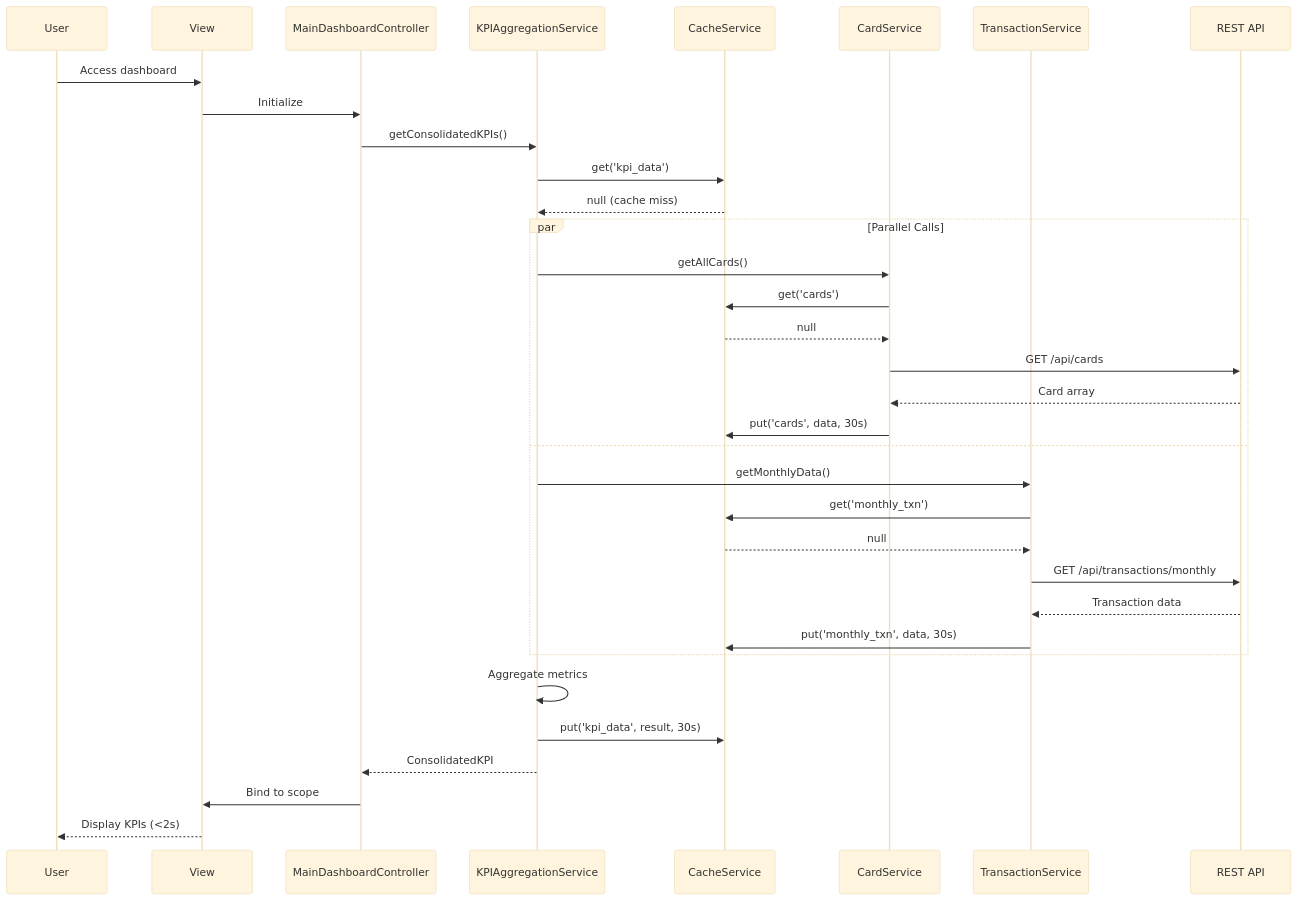
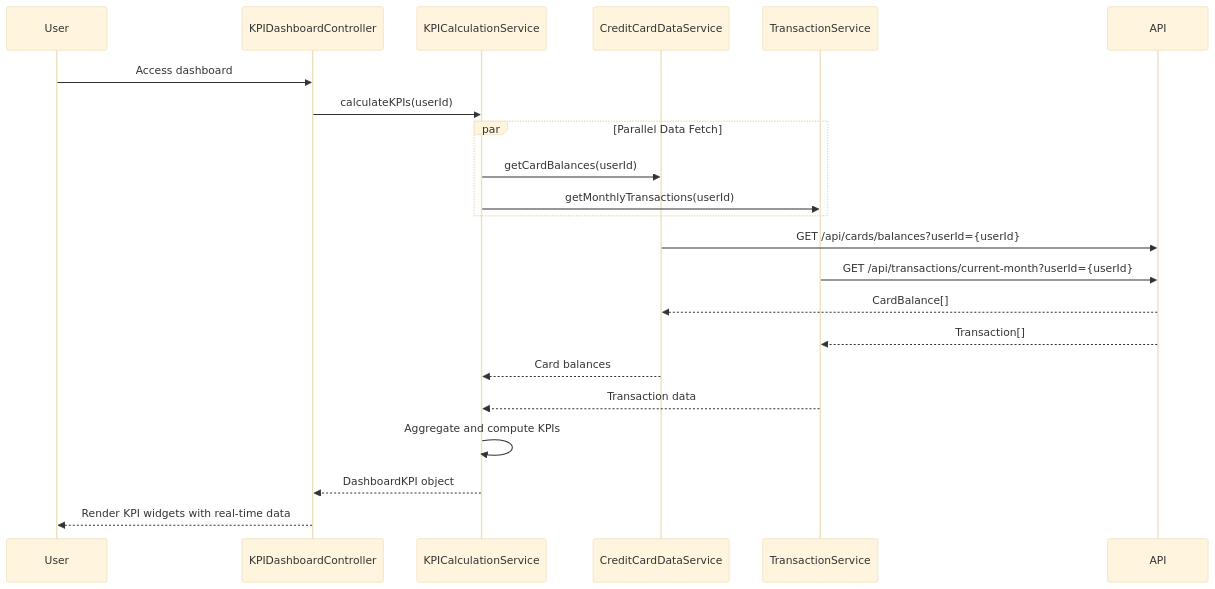
One commit to AAVA-Demo/APB_Demo changed the diagram in LLD/QE-7684_LLD.md. Above: the diagram before and after it, drawn with Mermaid (base theme). The commit also changed other lines of this file and 5 other files, not shown here.

````diff
--- a/LLD/QE-7684_LLD.md
+++ b/LLD/QE-7684_LLD.md
@@ -78,37 +73,25 @@
 ```mermaid
 sequenceDiagram
     participant User
-    participant View
-    participant MainCtrl as MainDashboardController
-    participant KPISvc as KPIAggregationService
-    participant Cache as CacheService
-    participant CardSvc as CardService
-    participant TxnSvc as TransactionService
-    participant API as REST API
-    
-    User->>View: Access dashboard
-    View->>MainCtrl: Initialize
-    MainCtrl->>KPISvc: getConsolidatedKPIs()
-    KPISvc->>Cache: get('kpi_data')
-    Cache-->>KPISvc: null (cache miss)
-    par Parallel Calls
-        KPISvc->>CardSvc: getAllCards()
-        CardSvc->>Cache: get('cards')
-        Cache-->>CardSvc: null
-        CardSvc->>API: GET /api/cards
-        API-->>CardSvc: Card array
-        CardSvc->>Cache: put('cards', data, 30s)
-        and
-        KPISvc->>TxnSvc: getMonthlyData()
-        TxnSvc->>Cache: get('monthly_txn')
-        Cache-->>TxnSvc: null
-        TxnSvc->>API: GET /api/transactions/monthly
-        API-->>TxnSvc: Transaction data
-        TxnSvc->>Cache: put('monthly_txn', data, 30s)
+    participant KPIDashboardController
+    participant KPICalculationService
+    participant CreditCardDataService
+    participant TransactionService
+    participant API
+
+    User->>KPIDashboardController: Access dashboard
+    KPIDashboardController->>KPICalculationService: calculateKPIs(userId)
+    par Parallel Data Fetch
+        KPICalculationService->>CreditCardDataService: getCardBalances(userId)
+        KPICalculationService->>TransactionService: getMonthlyTransactions(userId)
     end
-    KPISvc->>KPISvc: Aggregate metrics
-    KPISvc->>Cache: put('kpi_data', result, 30s)
-    KPISvc-->>MainCtrl: ConsolidatedKPI
-    MainCtrl->>View: Bind to scope
-    View-->>User: Display KPIs (<2s)
+    CreditCardDataService->>API: GET /api/cards/balances?userId={userId}
+    TransactionService->>API: GET /api/transactions/current-month?userId={userId}
+    API-->>CreditCardDataService: CardBalance[]
+    API-->>TransactionService: Transaction[]
+    CreditCardDataService-->>KPICalculationService: Card balances
+    TransactionService-->>KPICalculationService: Transaction data
+    KPICalculationService->>KPICalculationService: Aggregate and compute KPIs
+    KPICalculationService-->>KPIDashboardController: DashboardKPI object
+    KPIDashboardController-->>User: Render KPI widgets with real-time data
 ```
````
